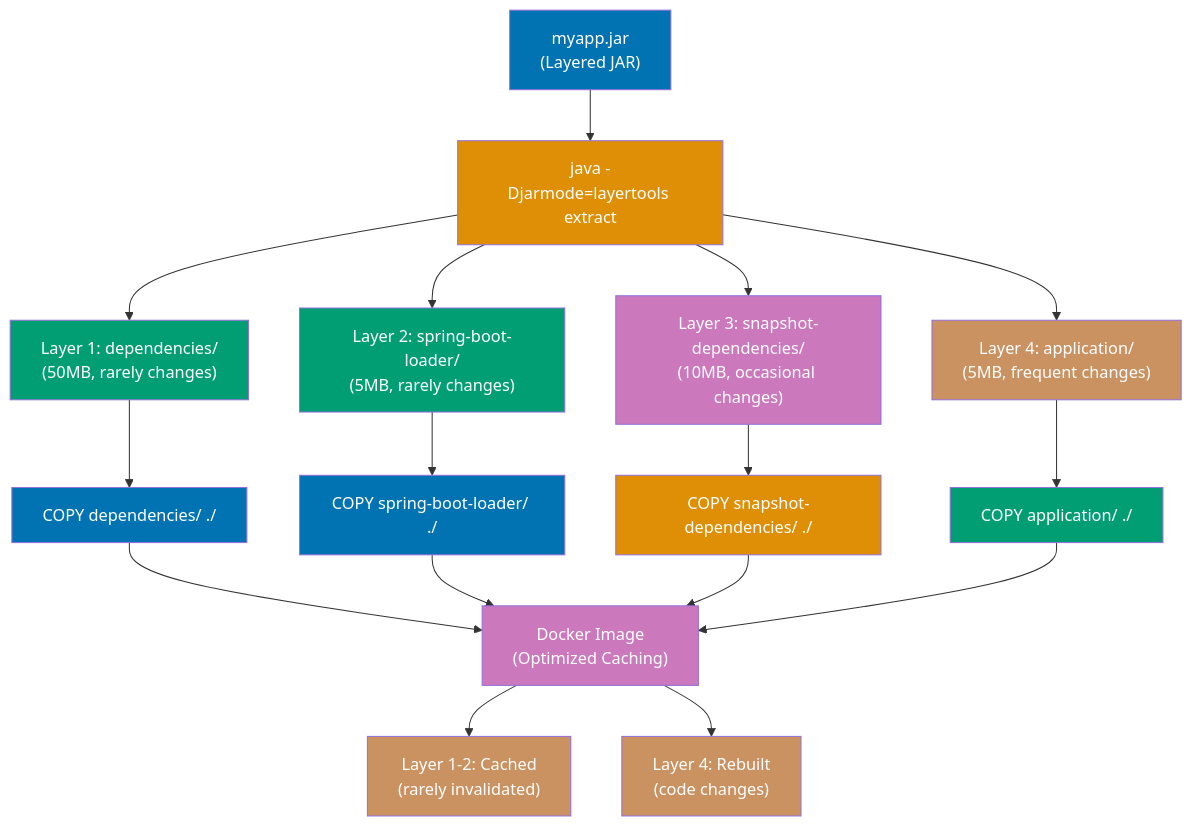
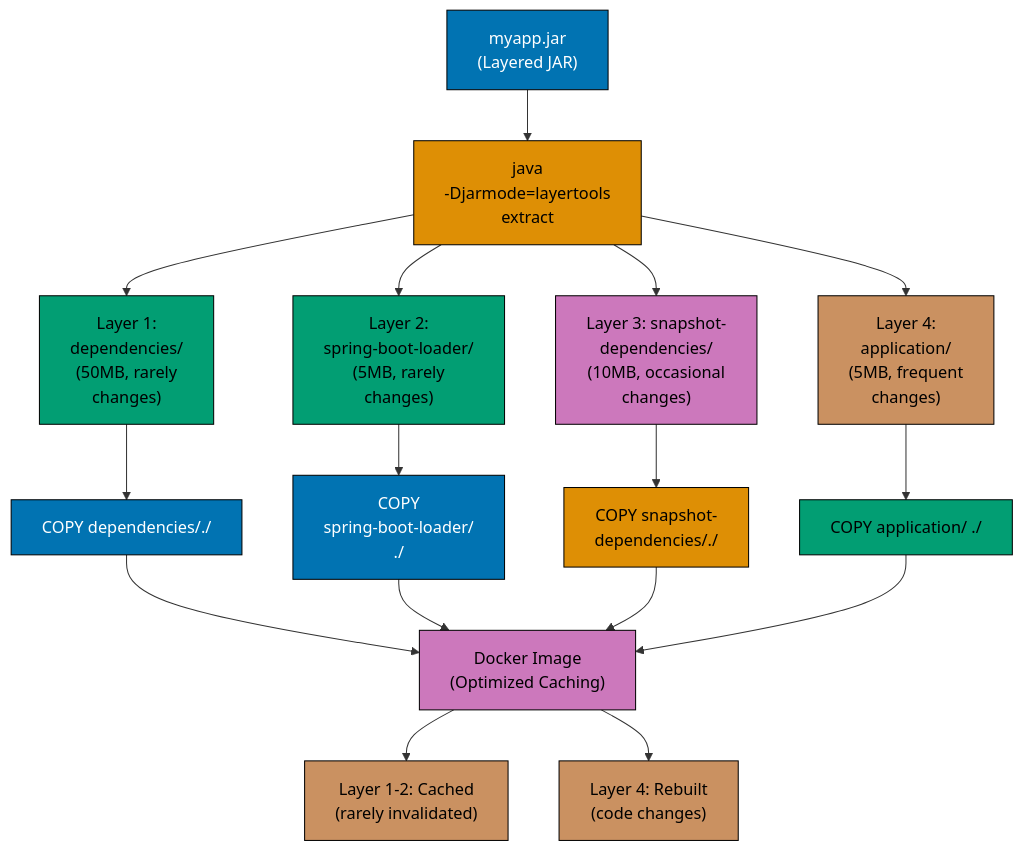
The eighth of 13 diagrams in apps/ayokoding-www/content/en/learn/legacy/software-engineering/platforms/web/tools/jvm-spring-boot/by-example/advanced.md (wahidyankf/ose-public), drawn with Mermaid before and after one commit. The commit also changed other lines of this file and 130 other files, not shown here.

First line of the commit message:
fix(mermaid): bring the legacy platforms diagrams onto the accessible palette

````diff
--- a/apps/ayokoding-www/content/en/learn/legacy/software-engineering/platforms/web/tools/jvm-spring-boot/by-example/advanced.md
+++ b/apps/ayokoding-www/content/en/learn/legacy/software-engineering/platforms/web/tools/jvm-spring-boot/by-example/advanced.md
@@ -2682,36 +2720,44 @@
 ```mermaid
 %% Color Palette: Blue #0173B2, Orange #DE8F05, Teal #029E73, Purple #CC78BC, Brown #CA9161
 graph TD
-    JAR["myapp.jar<br/>(Layered JAR)"] --> Extract["java -Djarmode=layertools extract"]
-    Extract --> Layer1["Layer 1: dependencies/<br/>(50MB, rarely changes)"]
-    Extract --> Layer2["Layer 2: spring-boot-loader/<br/>(5MB, rarely changes)"]
-    Extract --> Layer3["Layer 3: snapshot-dependencies/<br/>(10MB, occasional changes)"]
-    Extract --> Layer4["Layer 4: application/<br/>(5MB, frequent changes)"]
+    accTitle: application
+    accDescr: Graph with 13 nodes and 15 connections. Nodes: myapp.jar (Layered JAR), java -Djarmode=layertools extract, Layer 1: dependencies/ (50MB, rarely changes), Layer 2: spring-boot-loader/ (5MB, rarely changes), Layer 3: snapshot- dependencies/ (10MB, occasional changes), Layer 4: application/ (5MB, frequent changes), COPY dependencies/./, COPY spring-boot-loader/ ./, COPY snapshot- dependencies/./, COPY application/ ./, Docker Image (Optimized Caching), Layer 1-2: Cached (rarely invalidated), and 1 more. Connections: myapp.jar (Layered JAR) to java -Djarmode=layertools extract, java -Djarmode=layertools extract to Layer 1: dependencies/ (50MB, rarely changes), java -Djarmode=layertools extract to Layer 2: spring-boot-loader/ (5MB, rarely changes), java -Djarmode=layertools extract to Layer 3: snapshot- dependencies/ (10MB, occasional changes), java -Djarmode=layertools extract to Layer 4: application/ (5MB, frequent changes), Layer 1: dependencies/ (50MB, rarely changes) to COPY dependencies/./, Layer 2: spring-boot-loader/ (5MB, rarely changes) to COPY spring-boot-loader/ ./, Layer 3: snapshot- dependencies/ (10MB, occasional changes) to COPY snapshot- dependencies/./, Layer 4: application/ (5MB, frequent changes) to COPY application/ ./, COPY dependencies/./ to Docker Image (Optimized Caching), COPY spring-boot-loader/ ./ to Docker Image (Optimized Caching), COPY snapshot- dependencies/./ to Docker Image (Optimized Caching), and 3 more.
+    JAR["myapp.jar<br/>(Layered JAR)"] --> Extract["java<br/>-Djarmode=layertools<br/>extract"]
+    Extract --> Layer1["Layer 1:<br/>dependencies/<br/>(50MB, rarely<br/>changes)"]
+    Extract --> Layer2["Layer 2:<br/>spring-boot-loader/<br/>(5MB, rarely<br/>changes)"]
+    Extract --> Layer3["Layer 3: snapshot-<br/>dependencies/<br/>(10MB, occasional<br/>changes)"]
+    Extract --> Layer4["Layer 4:<br/>application/<br/>(5MB, frequent<br/>changes)"]
 
-    Layer1 --> Docker1["COPY dependencies/ ./"]
-    Layer2 --> Docker2["COPY spring-boot-loader/ ./"]
-    Layer3 --> Docker3["COPY snapshot-dependencies/ ./"]
+    Layer1 --> Docker1["COPY dependencies/./"]
+    Layer2 --> Docker2["COPY<br/>spring-boot-loader/<br/>./"]
+    Layer3 --> Docker3["COPY snapshot-<br/>dependencies/./"]
     Layer4 --> Docker4["COPY application/ ./"]
 
     Docker1 --> Image["Docker Image<br/>(Optimized Caching)"]
     Docker2 --> Image
     Docker3 --> Image
     Docker4 --> Image
 
     Image --> Cache["Layer 1-2: Cached<br/>(rarely invalidated)"]
     Image --> Rebuild["Layer 4: Rebuilt<br/>(code changes)"]
 
-    style JAR fill:#0173B2,color:#fff
-    style Extract fill:#DE8F05,color:#fff
-    style Layer1 fill:#029E73,color:#fff
-    style Layer2 fill:#029E73,color:#fff
-    style Layer3 fill:#CC78BC,color:#fff
-    style Layer4 fill:#CA9161,color:#fff
-    style Docker1 fill:#0173B2,color:#fff
-    style Docker2 fill:#0173B2,color:#fff
-    style Docker3 fill:#DE8F05,color:#fff
-    style Docker4 fill:#029E73,color:#fff
-    style Image fill:#CC78BC,color:#fff
-    style Cache fill:#CA9161,color:#fff
-    style Rebuild fill:#CA9161,color:#fff
+    classDef pal-0173B2 fill:#0173B2,stroke:#000000,color:#FFFFFF
+    class JAR pal-0173B2
+    classDef pal-DE8F05 fill:#DE8F05,stroke:#000000,color:#000000
+    class Extract pal-DE8F05
+    classDef pal-029E73 fill:#029E73,stroke:#000000,color:#000000
+    class Layer1 pal-029E73
+    class Layer2 pal-029E73
+    classDef pal-CC78BC fill:#CC78BC,stroke:#000000,color:#000000
+    class Layer3 pal-CC78BC
+    classDef pal-CA9161 fill:#CA9161,stroke:#000000,color:#000000
+    class Layer4 pal-CA9161
+    class Docker1 pal-0173B2
+    class Docker2 pal-0173B2
+    class Docker3 pal-DE8F05
+    class Docker4 pal-029E73
+    class Image pal-CC78BC
+    class Cache pal-CA9161
+    class Rebuild pal-CA9161
+    classDef default fill:#FFFFFF,stroke:#000000,color:#000000
 ```
````
